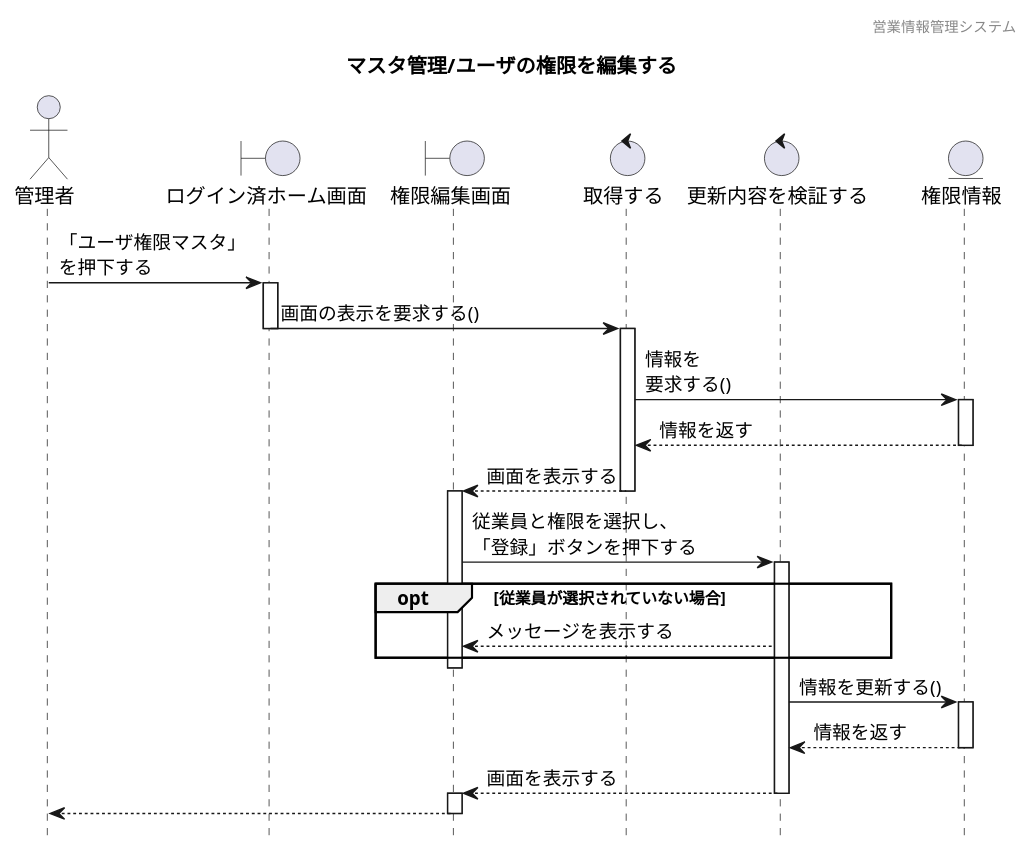
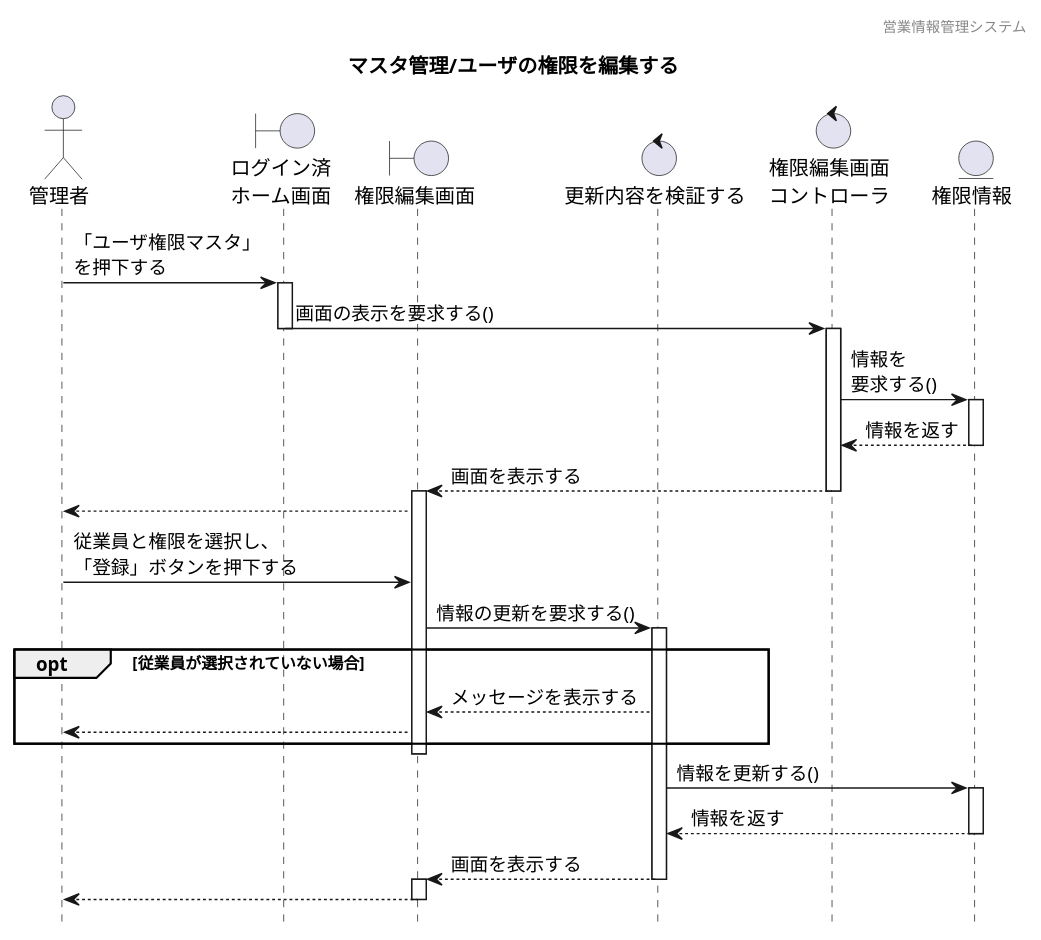
Before and after one commit to HaruShim/Sotuken: the diagram in 各種設計書/4シーケンス図/マスタ管理/3.ユーザ権限マスタ/ユーザ権限編集.wsd, drawn with PlantUML. The commit also changed 1 other file, not shown here.

```diff
--- a/各種設計書/4シーケンス図/マスタ管理/3.ユーザ権限マスタ/ユーザ権限編集.wsd
+++ b/各種設計書/4シーケンス図/マスタ管理/3.ユーザ権限マスタ/ユーザ権限編集.wsd
@@ -1,49 +1,53 @@
 @startuml sequence
 
 hide footbox
 header 営業情報管理システム
 title マスタ管理/ユーザの権限を編集する
 
 ' actor "" as 
 actor "管理者" as a1
 
 ' boundary "" as
-boundary "ログイン済ホーム画面" as b1
+boundary "ログイン済\nホーム画面" as b1
 boundary "権限編集画面" as b2 
 
 ' control "" as
-control "取得する" as c1 
 control "更新内容を検証する" as c2
+control "権限編集画面\nコントローラ" as c4
 
 ' entity "" as
 entity "権限情報" as e1
 
 a1 -> b1:「ユーザ権限マスタ」\nを押下する
 activate b1
-b1 -> c1 : 画面の表示を要求する()
+b1 -> c4 : 画面の表示を要求する()
 deactivate b1
-activate c1
-c1 -> e1:情報を\n要求する()
+activate c4
+c4 -> e1:情報を\n要求する()
 activate e1
-e1 --> c1:情報を返す
+e1 --> c4:情報を返す
 deactivate e1
-c1 --> b2:画面を表示する
-deactivate c1
+' c1 
+c4 --> b2:画面を表示する
+deactivate c4
 activate b2
-b2 -> c2:従業員と権限を選択し、\n「登録」ボタンを押下する
+b2 --> a1
+a1 -> b2:従業員と権限を選択し、\n「登録」ボタンを押下する
+b2 -> c2:情報の更新を要求する()
 activate c2
 opt 従業員が選択されていない場合
 c2 --> b2 : メッセージを表示する
+b2 --> a1
 end
 deactivate b2
 c2 -> e1: 情報を更新する()
 activate e1
 e1 --> c2:情報を返す
 deactivate e1
 c2 --> b2: 画面を表示する
 deactivate c2
 activate b2
 b2 --> a1
 deactivate b2
 
 @enduml
```
